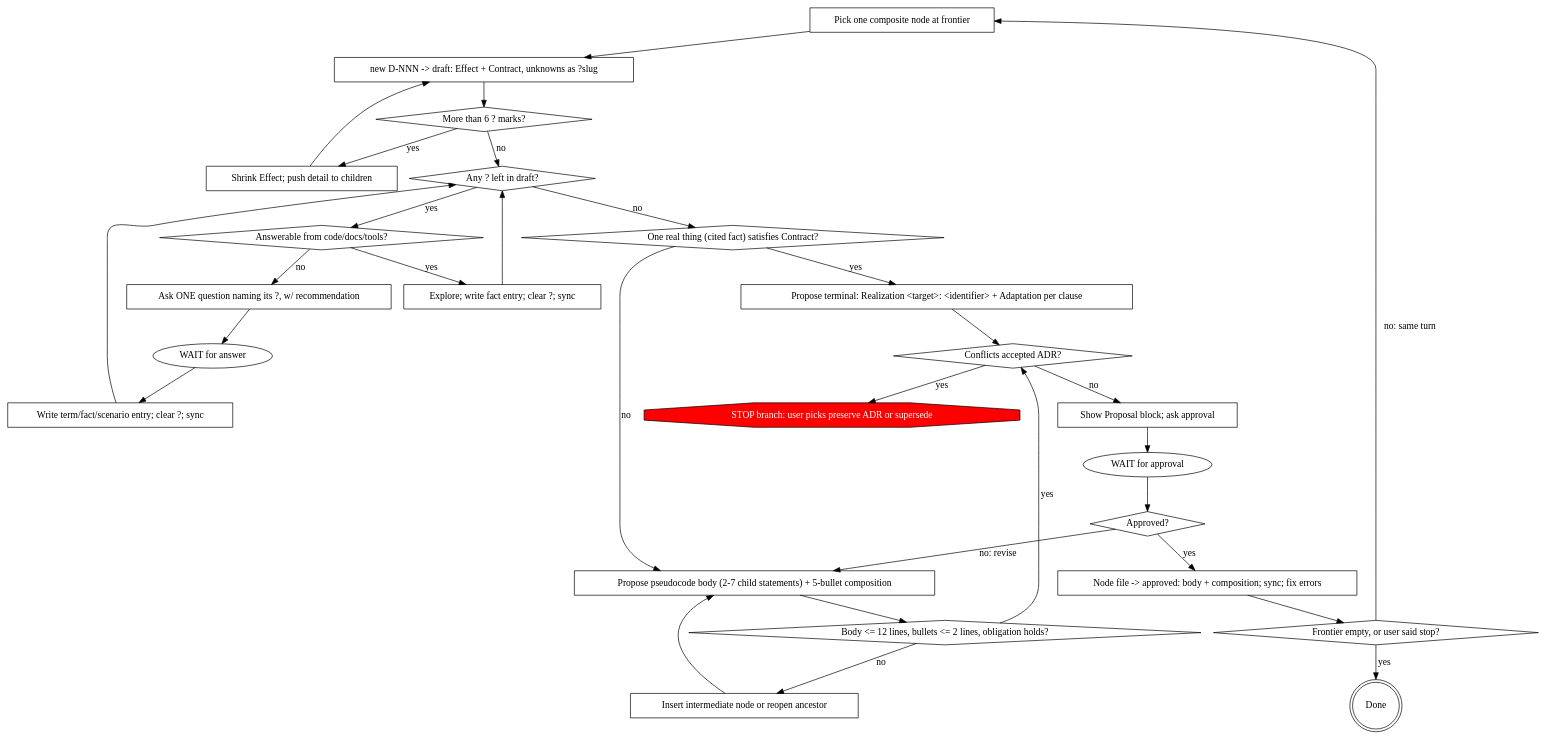
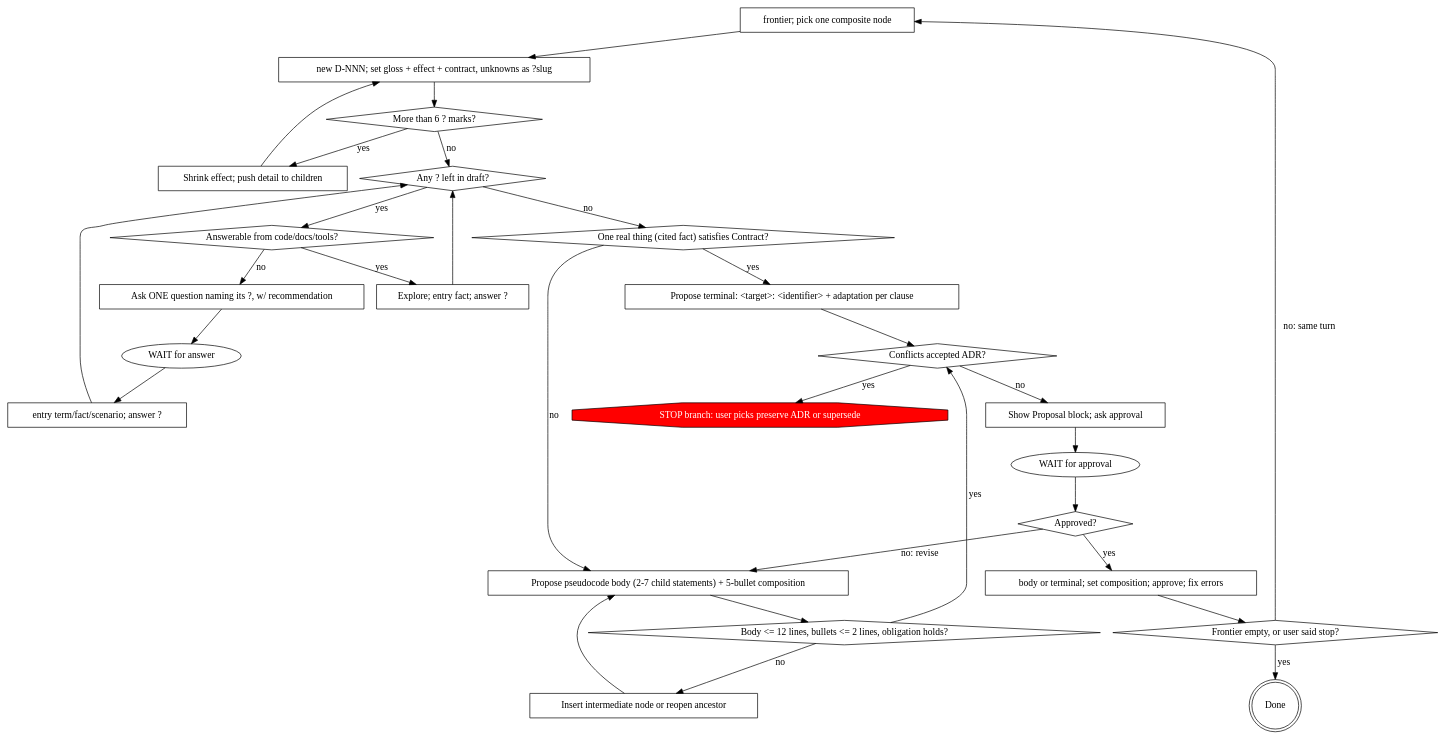
Before and after one commit to HollandDM/my-skills: the diagram in constructing-software-stepwise/skills/constructing-software-stepwise/SKILL.md, drawn with Graphviz. The commit also changed other lines of this file and 9 other files, not shown here.

````diff
--- a/constructing-software-stepwise/skills/constructing-software-stepwise/SKILL.md
+++ b/constructing-software-stepwise/skills/constructing-software-stepwise/SKILL.md
@@ -89,57 +98,57 @@
 ```dot
 digraph refine {
-    "Pick one composite node at frontier" [shape=box];
-    "new D-NNN -> draft: Effect + Contract, unknowns as ?slug" [shape=box];
+    "frontier; pick one composite node" [shape=box];
+    "new D-NNN; set gloss + effect + contract, unknowns as ?slug" [shape=box];
     "More than 6 ? marks?" [shape=diamond];
-    "Shrink Effect; push detail to children" [shape=box];
+    "Shrink effect; push detail to children" [shape=box];
     "Any ? left in draft?" [shape=diamond];
     "Answerable from code/docs/tools?" [shape=diamond];
-    "Explore; write fact entry; clear ?; sync" [shape=box];
+    "Explore; entry fact; answer ?" [shape=box];
     "Ask ONE question naming its ?, w/ recommendation" [shape=box];
     "WAIT for answer" [shape=ellipse];
-    "Write term/fact/scenario entry; clear ?; sync" [shape=box];
+    "entry term/fact/scenario; answer ?" [shape=box];
     "One real thing (cited fact) satisfies Contract?" [shape=diamond];
-    "Propose terminal: Realization <target>: <identifier> + Adaptation per clause" [shape=box];
+    "Propose terminal: <target>: <identifier> + adaptation per clause" [shape=box];
     "Propose pseudocode body (2-7 child statements) + 5-bullet composition" [shape=box];
     "Body <= 12 lines, bullets <= 2 lines, obligation holds?" [shape=diamond];
     "Insert intermediate node or reopen ancestor" [shape=box];
     "Conflicts accepted ADR?" [shape=diamond];
     "STOP branch: user picks preserve ADR or supersede" [shape=octagon, style=filled, fillcolor=red, fontcolor=white];
     "Show Proposal block; ask approval" [shape=box];
     "WAIT for approval" [shape=ellipse];
     "Approved?" [shape=diamond];
-    "Node file -> approved: body + composition; sync; fix errors" [shape=box];
+    "body or terminal; set composition; approve; fix errors" [shape=box];
     "Frontier empty, or user said stop?" [shape=diamond];
     "Done" [shape=doublecircle];
 
-    "Pick one composite node at frontier" -> "new D-NNN -> draft: Effect + Contract, unknowns as ?slug";
-    "new D-NNN -> draft: Effect + Contract, unknowns as ?slug" -> "More than 6 ? marks?";
-    "More than 6 ? marks?" -> "Shrink Effect; push detail to children" [label="yes"];
-    "Shrink Effect; push detail to children" -> "new D-NNN -> draft: Effect + Contract, unknowns as ?slug";
+    "frontier; pick one composite node" -> "new D-NNN; set gloss + effect + contract, unknowns as ?slug";
+    "new D-NNN; set gloss + effect + contract, unknowns as ?slug" -> "More than 6 ? marks?";
+    "More than 6 ? marks?" -> "Shrink effect; push detail to children" [label="yes"];
+    "Shrink effect; push detail to children" -> "new D-NNN; set gloss + effect + contract, unknowns as ?slug";
     "More than 6 ? marks?" -> "Any ? left in draft?" [label="no"];
     "Any ? left in draft?" -> "Answerable from code/docs/tools?" [label="yes"];
-    "Answerable from code/docs/tools?" -> "Explore; write fact entry; clear ?; sync" [label="yes"];
-    "Explore; write fact entry; clear ?; sync" -> "Any ? left in draft?";
+    "Answerable from code/docs/tools?" -> "Explore; entry fact; answer ?" [label="yes"];
+    "Explore; entry fact; answer ?" -> "Any ? left in draft?";
     "Answerable from code/docs/tools?" -> "Ask ONE question naming its ?, w/ recommendation" [label="no"];
     "Ask ONE question naming its ?, w/ recommendation" -> "WAIT for answer";
-    "WAIT for answer" -> "Write term/fact/scenario entry; clear ?; sync";
-    "Write term/fact/scenario entry; clear ?; sync" -> "Any ? left in draft?";
+    "WAIT for answer" -> "entry term/fact/scenario; answer ?";
+    "entry term/fact/scenario; answer ?" -> "Any ? left in draft?";
     "Any ? left in draft?" -> "One real thing (cited fact) satisfies Contract?" [label="no"];
-    "One real thing (cited fact) satisfies Contract?" -> "Propose terminal: Realization <target>: <identifier> + Adaptation per clause" [label="yes"];
-    "Propose terminal: Realization <target>: <identifier> + Adaptation per clause" -> "Conflicts accepted ADR?";
+    "One real thing (cited fact) satisfies Contract?" -> "Propose terminal: <target>: <identifier> + adaptation per clause" [label="yes"];
+    "Propose terminal: <target>: <identifier> + adaptation per clause" -> "Conflicts accepted ADR?";
     "One real thing (cited fact) satisfies Contract?" -> "Propose pseudocode body (2-7 child statements) + 5-bullet composition" [label="no"];
     "Propose pseudocode body (2-7 child statements) + 5-bullet composition" -> "Body <= 12 lines, bullets <= 2 lines, obligation holds?";
     "Body <= 12 lines, bullets <= 2 lines, obligation holds?" -> "Insert intermediate node or reopen ancestor" [label="no"];
     "Insert intermediate node or reopen ancestor" -> "Propose pseudocode body (2-7 child statements) + 5-bullet composition";
     "Body <= 12 lines, bullets <= 2 lines, obligation holds?" -> "Conflicts accepted ADR?" [label="yes"];
     "Conflicts accepted ADR?" -> "STOP branch: user picks preserve ADR or supersede" [label="yes"];
     "Conflicts accepted ADR?" -> "Show Proposal block; ask approval" [label="no"];
     "Show Proposal block; ask approval" -> "WAIT for approval";
     "WAIT for approval" -> "Approved?";
     "Approved?" -> "Propose pseudocode body (2-7 child statements) + 5-bullet composition" [label="no: revise"];
-    "Approved?" -> "Node file -> approved: body + composition; sync; fix errors" [label="yes"];
-    "Node file -> approved: body + composition; sync; fix errors" -> "Frontier empty, or user said stop?";
+    "Approved?" -> "body or terminal; set composition; approve; fix errors" [label="yes"];
+    "body or terminal; set composition; approve; fix errors" -> "Frontier empty, or user said stop?";
     "Frontier empty, or user said stop?" -> "Done" [label="yes"];
-    "Frontier empty, or user said stop?" -> "Pick one composite node at frontier" [label="no: same turn"];
+    "Frontier empty, or user said stop?" -> "frontier; pick one composite node" [label="no: same turn"];
 }
 ```
````
